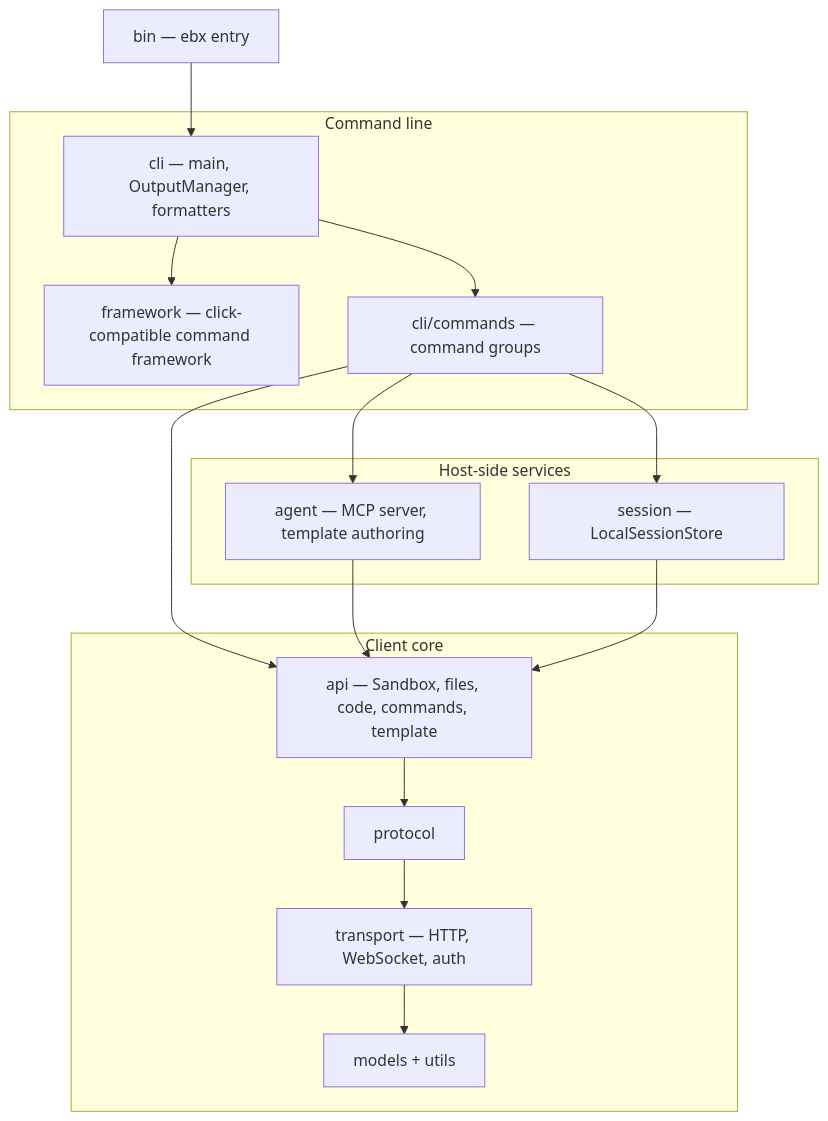
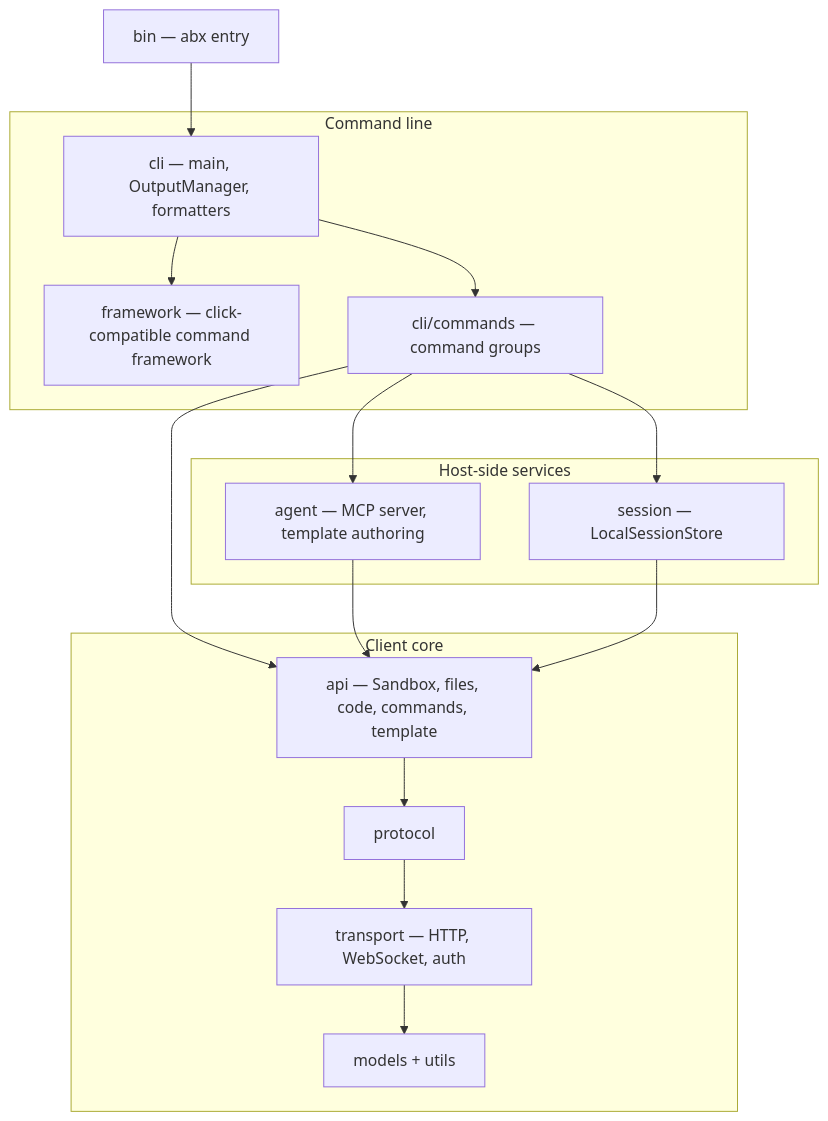
The diagram in AGENTS.md (Alibaba-Agent-Sandbox/agent-sandbox), drawn with Mermaid before and after one commit. The commit also changed other lines of this file and 644 other files, not shown here.

````diff
--- a/AGENTS.md
+++ b/AGENTS.md
@@ -61,27 +61,27 @@
 ```mermaid
 graph TB
-    BIN["bin — ebx entry"]
+    BIN["bin — abx entry"]
     subgraph Front["Command line"]
         FW["framework — click-compatible command framework"]
         CLI["cli — main, OutputManager, formatters"]
         CMD["cli/commands — command groups"]
     end
     subgraph Services["Host-side services"]
         AG["agent — MCP server, template authoring"]
         SES["session — LocalSessionStore"]
     end
     subgraph Core["Client core"]
         API["api — Sandbox, files, code, commands, template"]
         PRO["protocol"]
         TRA["transport — HTTP, WebSocket, auth"]
         MOD["models + utils"]
     end
     BIN --> CLI --> FW
     CLI --> CMD
     CMD --> AG
     CMD --> SES
     CMD --> API
     AG --> API
     SES --> API
     API --> PRO --> TRA --> MOD
 ```
````
